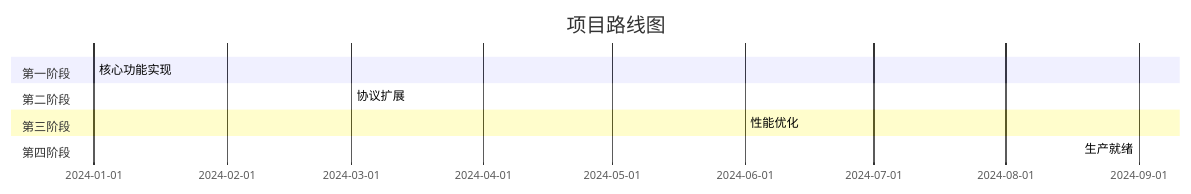
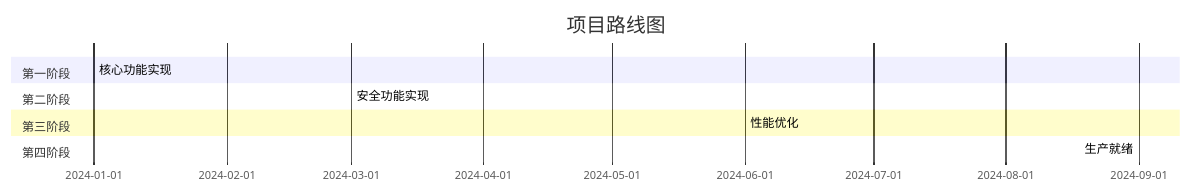
One commit to Kirky-X/sdforge changed the third of 3 diagrams in README.md. Above: the diagram before and after it, drawn with Mermaid. The commit also changed other lines of this file and 4 other files, not shown here.

````diff
--- a/README.md
+++ b/README.md
@@ -720,13 +692,13 @@
 ```mermaid
 gantt
     title 项目路线图
     dateFormat  YYYY-MM-DD
     section 第一阶段
     核心功能实现           :done, 2024-01, 2024-03
     section 第二阶段
-    协议扩展              :active, 2024-03, 2024-06
+    安全功能实现           :done, 2024-03, 2024-06
     section 第三阶段
     性能优化              :2024-06, 2024-09
     section 第四阶段
     生产就绪              :2024-09, 2024-12
 ```
````
